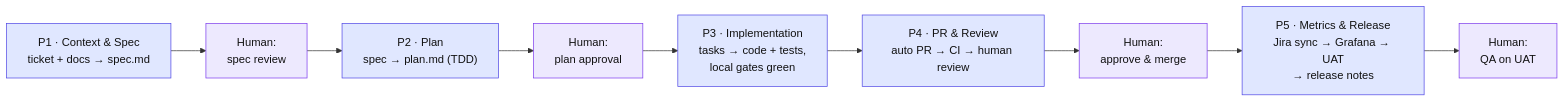
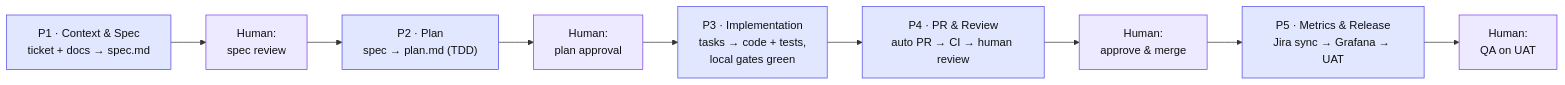
The first of 6 diagrams in docs/aidc-workflow-future.md (Seta-International/ai-sdlc-metrics), drawn with Mermaid before and after one commit. The commit also changed other lines of this file, not shown here.

Commit message:
docs: align actors and step numbers between phase tables and diagrams

````diff
--- a/docs/aidc-workflow-future.md
+++ b/docs/aidc-workflow-future.md
@@ -38,20 +38,20 @@
 ```mermaid
 flowchart LR
     classDef phase fill:#E0E7FF,stroke:#4F46E5,color:#111;
     classDef gate fill:#EDE9FE,stroke:#7C3AED,color:#111;
 
     P1["P1 · Context & Spec<br/>ticket + docs → spec.md"]
     G1["Human:<br/>spec review"]
     P2["P2 · Plan<br/>spec → plan.md (TDD)"]
     G2["Human:<br/>plan approval"]
     P3["P3 · Implementation<br/>tasks → code + tests,<br/>local gates green"]
     P4["P4 · PR & Review<br/>auto PR → CI → human review"]
     G3["Human:<br/>approve & merge"]
-    P5["P5 · Metrics & Release<br/>Jira sync → Grafana → UAT<br/>→ release notes"]
+    P5["P5 · Metrics & Release<br/>Jira sync → Grafana → UAT"]
     G4["Human:<br/>QA on UAT"]
 
     P1 --> G1 --> P2 --> G2 --> P3 --> P4 --> G3 --> P5 --> G4
 
     class P1,P2,P3,P4,P5 phase;
     class G1,G2,G3,G4 gate;
 ```
````
